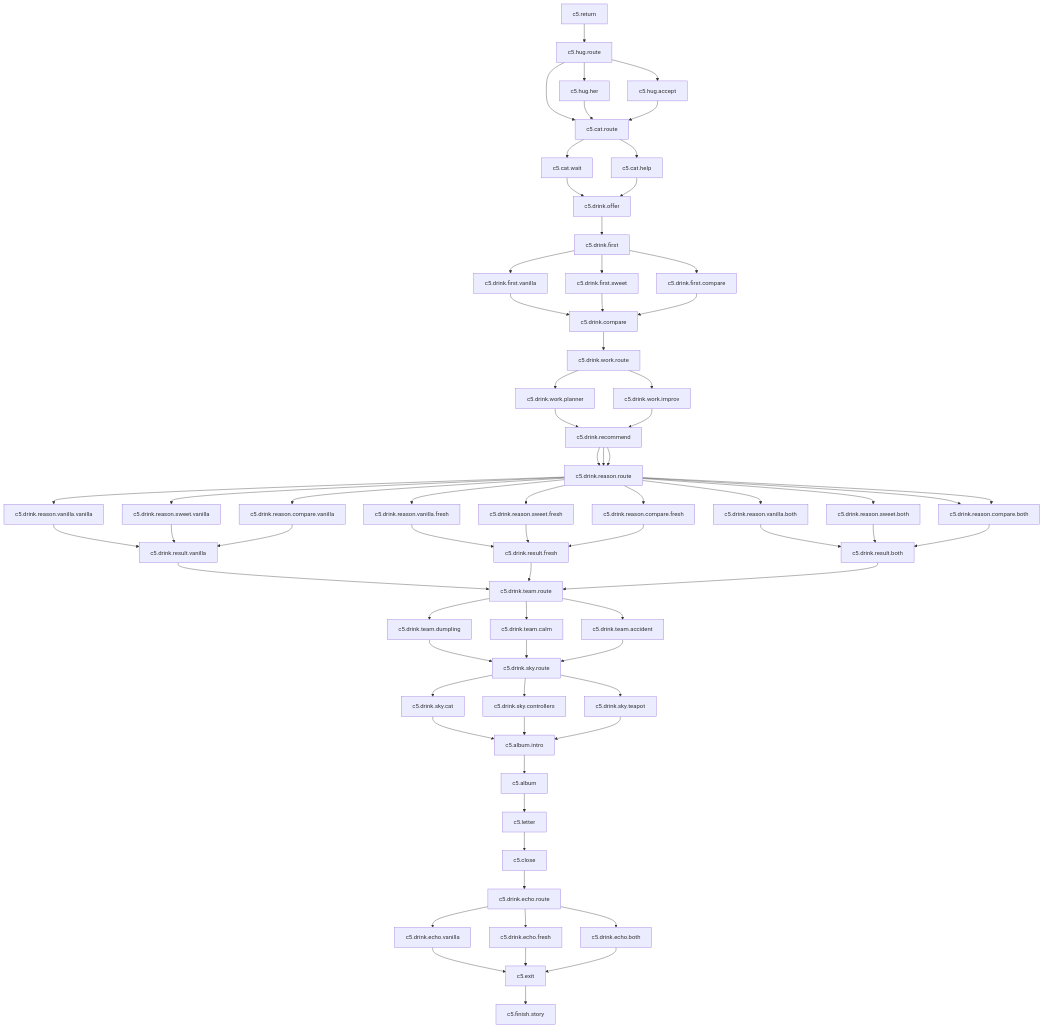
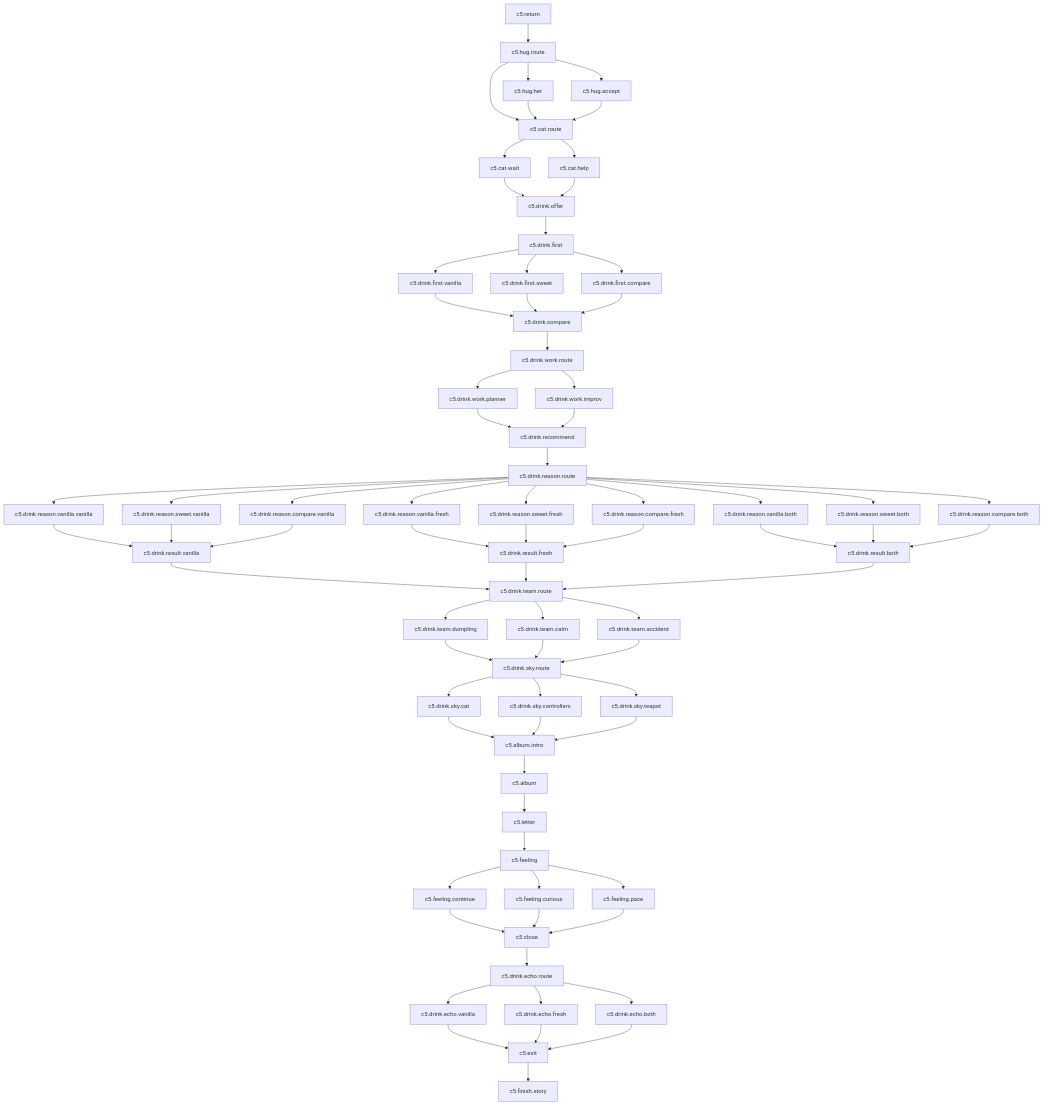
The diagram in outputs/CHAPTER_05_SCRIPT.md (vlad28x/our-little-story), drawn with Mermaid before and after one commit. The commit also changed other lines of this file and 97 other files, not shown here.

```diff
--- a/outputs/CHAPTER_05_SCRIPT.md
+++ b/outputs/CHAPTER_05_SCRIPT.md
@@ -46,8 +46,6 @@
   c5.drink.work.improv --> c5.drink.recommend
   c5.drink.recommend
   c5.drink.recommend --> c5.drink.reason.route
-  c5.drink.recommend --> c5.drink.reason.route
-  c5.drink.recommend --> c5.drink.reason.route
   c5.drink.reason.vanilla.vanilla
   c5.drink.reason.vanilla.vanilla --> c5.drink.result.vanilla
   c5.drink.reason.vanilla.fresh
@@ -75,7 +73,6 @@
   c5.drink.reason.route --> c5.drink.reason.sweet.both
   c5.drink.reason.route --> c5.drink.reason.compare.vanilla
   c5.drink.reason.route --> c5.drink.reason.compare.fresh
-  c5.drink.reason.route --> c5.drink.reason.compare.both
   c5.drink.reason.route --> c5.drink.reason.compare.both
   c5.drink.result.vanilla
   c5.drink.result.vanilla --> c5.drink.team.route
@@ -108,7 +105,17 @@
   c5.album
   c5.album --> c5.letter
   c5.letter
-  c5.letter --> c5.close
+  c5.letter --> c5.feeling
+  c5.feeling
+  c5.feeling --> c5.feeling.continue
+  c5.feeling --> c5.feeling.curious
+  c5.feeling --> c5.feeling.pace
+  c5.feeling.continue
+  c5.feeling.continue --> c5.close
+  c5.feeling.curious
+  c5.feeling.curious --> c5.close
+  c5.feeling.pace
+  c5.feeling.pace --> c5.close
   c5.close
   c5.close --> c5.drink.echo.route
   c5.drink.echo.route
```
